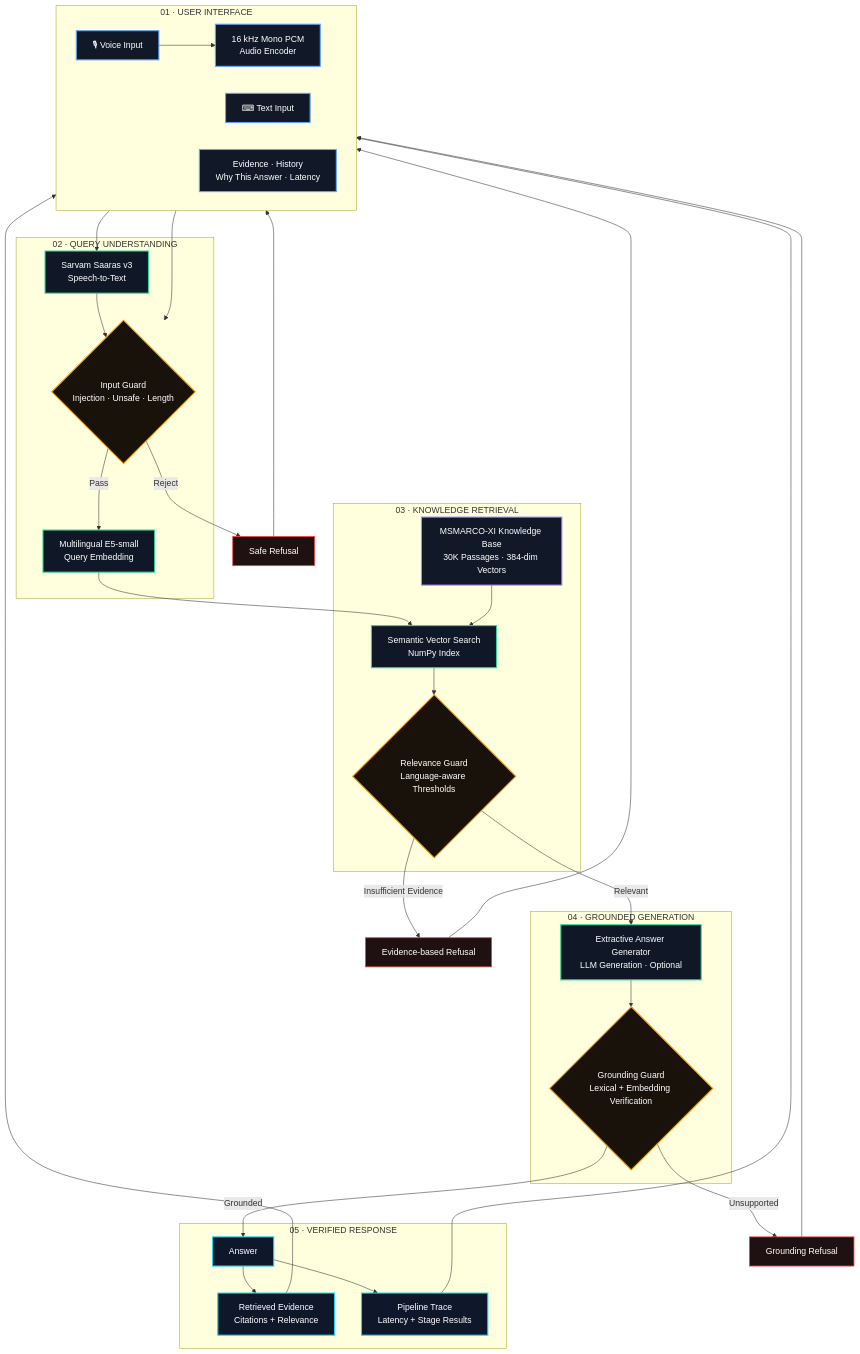
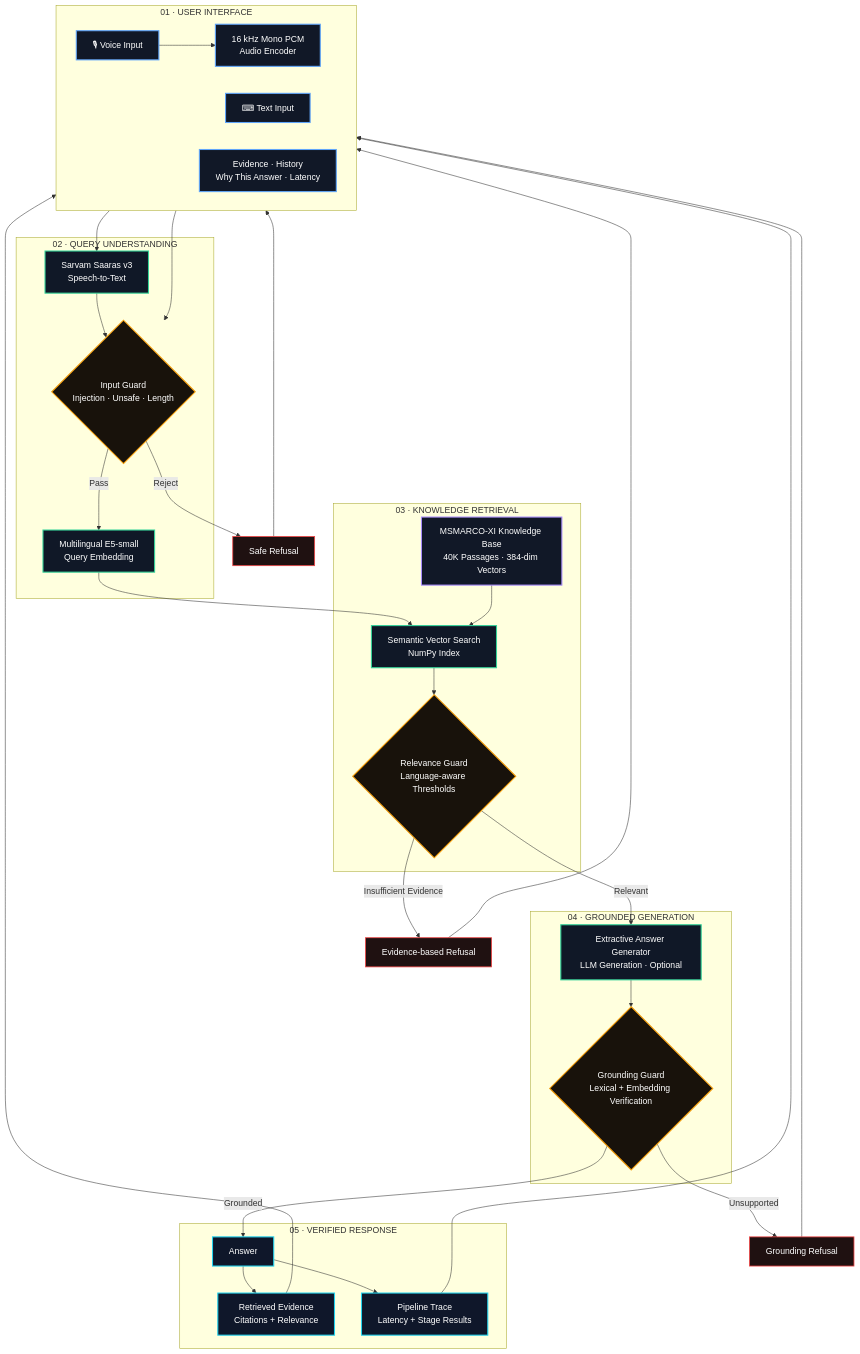
The diagram in README.md (The-Infernix/VOICE-RAG), drawn with Mermaid before and after one commit. The commit also changed other lines of this file and 17 other files, not shown here.

```diff
--- a/README.md
+++ b/README.md
@@ -95,7 +93,7 @@
     %% RETRIEVAL
     %% =========================
     subgraph RETRIEVAL["03 · KNOWLEDGE RETRIEVAL"]
-        VS["MSMARCO-XI Knowledge Base<br/>30K Passages · 384-dim Vectors"]
+        VS["MSMARCO-XI Knowledge Base<br/>40K Passages · 384-dim Vectors"]
         SEARCH["Semantic Vector Search<br/>NumPy Index"]
         RG{"Relevance Guard<br/>Language-aware Thresholds"}
     end
```
